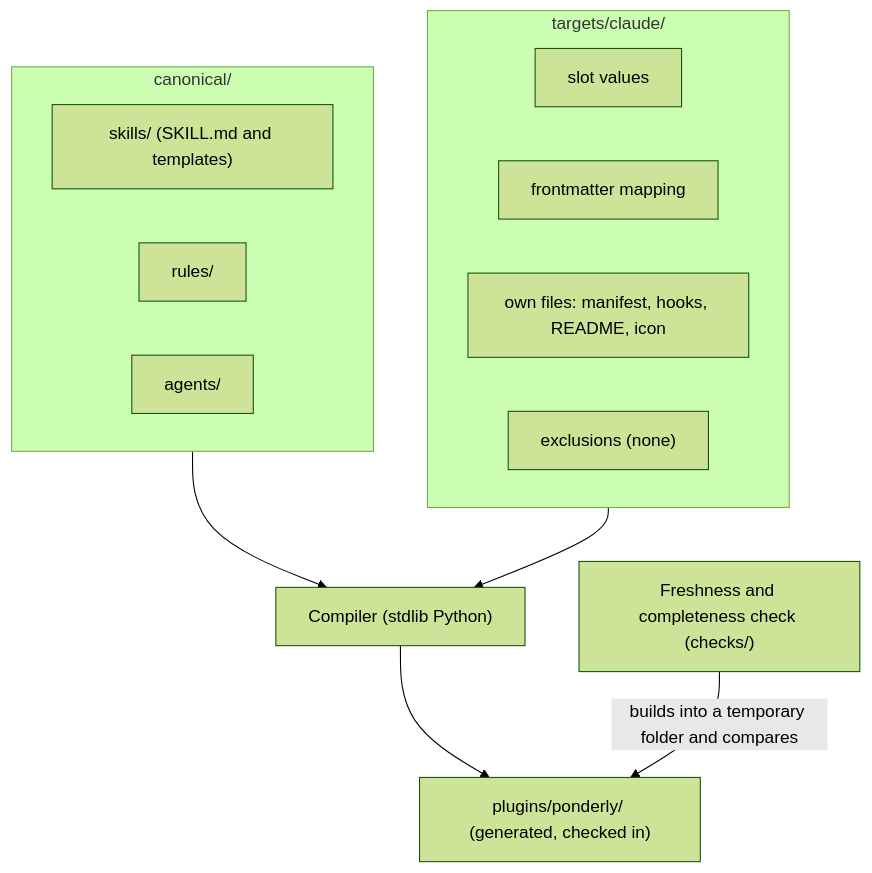
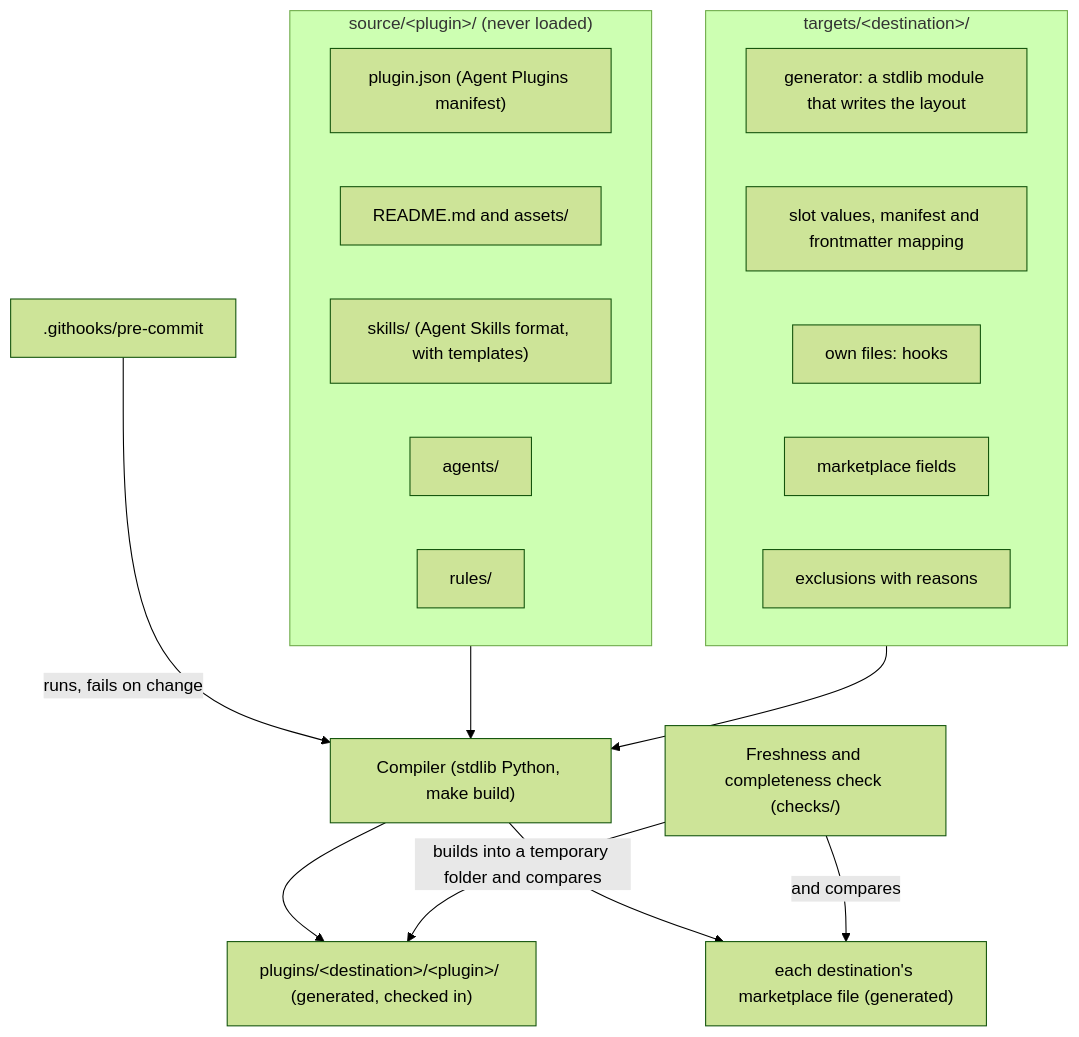
The second of 2 diagrams in .ponderly/designs/multi-tool-plugin/canonical-source/hld-canonical-source.md (sabind/ponderly), drawn with Mermaid (forest theme) before and after one commit. The commit also changed other lines of this file and 1 other file, not shown here.

First line of the commit message:
[#63] Approve the canonical-source design and amend the strategy

````diff
--- a/.ponderly/designs/multi-tool-plugin/canonical-source/hld-canonical-source.md
+++ b/.ponderly/designs/multi-tool-plugin/canonical-source/hld-canonical-source.md
@@ -38,21 +41,29 @@
 ```mermaid
 flowchart TB
-    subgraph CAN["canonical/"]
-        S["skills/ (SKILL.md and templates)"]
+    subgraph SRC["source/#lt;plugin#gt;/ (never loaded)"]
+        MAN["plugin.json (Agent Plugins manifest)"]
+        RM["README.md and assets/"]
+        S["skills/ (Agent Skills format, with templates)"]
+        A["agents/"]
         R["rules/"]
-        A["agents/"]
     end
-    subgraph TC["targets/claude/"]
-        SL["slot values"]
-        FM["frontmatter mapping"]
-        OWN["own files: manifest, hooks, README, icon"]
-        EX["exclusions (none)"]
+    subgraph TC["targets/#lt;destination#gt;/"]
+        GEN["generator: a stdlib module that writes the layout"]
+        VAL["slot values, manifest and frontmatter mapping"]
+        OWN["own files: hooks"]
+        MF["marketplace fields"]
+        EX["exclusions with reasons"]
     end
-    C["Compiler (stdlib Python)"]
-    OUT["plugins/ponderly/ (generated, checked in)"]
+    C["Compiler (stdlib Python, make build)"]
+    OUT["plugins/#lt;destination#gt;/#lt;plugin#gt;/ (generated, checked in)"]
+    MKT["each destination's marketplace file (generated)"]
+    HK[".githooks/pre-commit"]
     CHK["Freshness and completeness check (checks/)"]
-    CAN --> C
+    SRC --> C
     TC --> C
     C --> OUT
+    C --> MKT
+    HK -->|"runs, fails on change"| C
     CHK -->|"builds into a temporary folder and compares"| OUT
+    CHK -->|"and compares"| MKT
 ```
````
